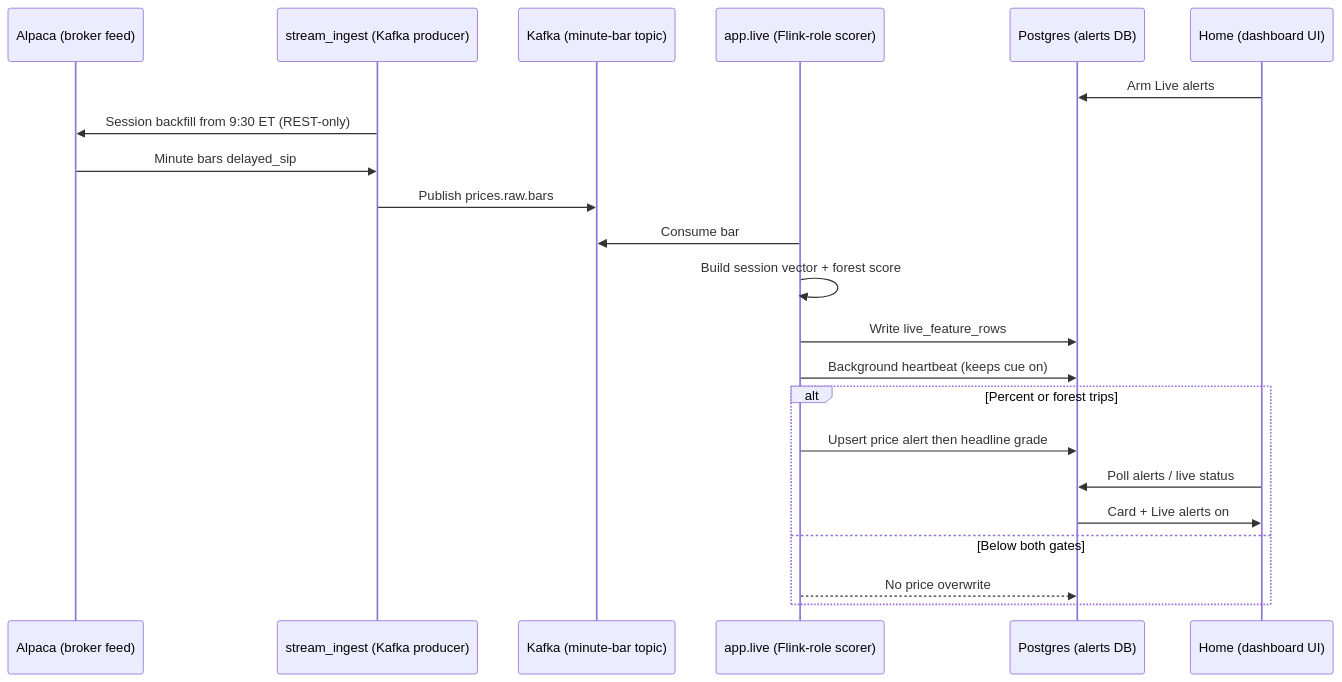
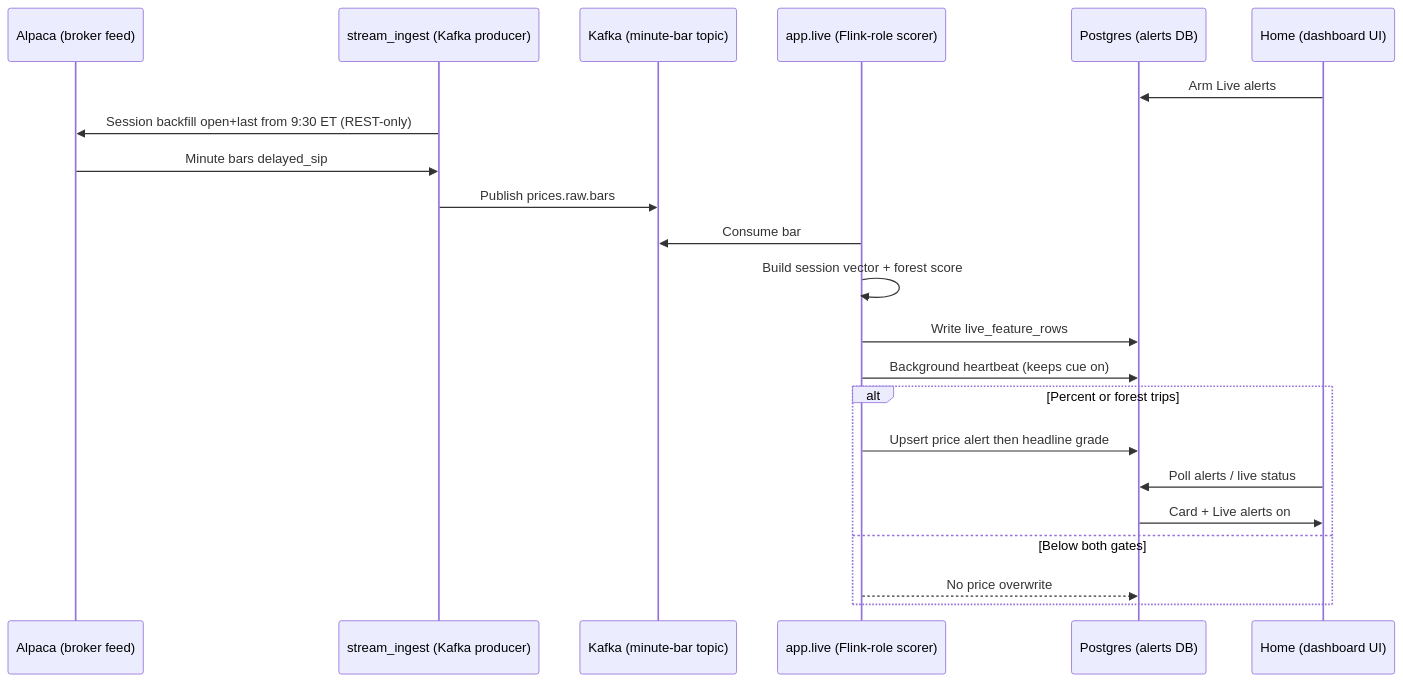
The fifth of 11 diagrams in docs/architecture.md (sameerde4/ticker-alert-system), drawn with Mermaid before and after one commit. The commit also changed other lines of this file and 3 other files, not shown here.

First line of the commit message:
Document AWS demo architecture: S3 lake, CloudWatch, EIP, open+last.

````diff
--- a/docs/architecture.md
+++ b/docs/architecture.md
@@ -336,25 +336,25 @@
 ```mermaid
 sequenceDiagram
     participant Alpaca as Alpaca (broker feed)
     participant Producer as stream_ingest (Kafka producer)
     participant Kafka as Kafka (minute-bar topic)
     participant Live as app.live (Flink-role scorer)
     participant PG as Postgres (alerts DB)
     participant UI as Home (dashboard UI)
 
     UI->>PG: Arm Live alerts
-    Producer->>Alpaca: Session backfill from 9:30 ET (REST-only)
+    Producer->>Alpaca: Session backfill open+last from 9:30 ET (REST-only)
     Alpaca->>Producer: Minute bars delayed_sip
     Producer->>Kafka: Publish prices.raw.bars
     Live->>Kafka: Consume bar
     Live->>Live: Build session vector + forest score
     Live->>PG: Write live_feature_rows
     Live->>PG: Background heartbeat (keeps cue on)
     alt Percent or forest trips
         Live->>PG: Upsert price alert then headline grade
         UI->>PG: Poll alerts / live status
         PG->>UI: Card + Live alerts on
     else Below both gates
         Live-->>PG: No price overwrite
     end
 ```
````
